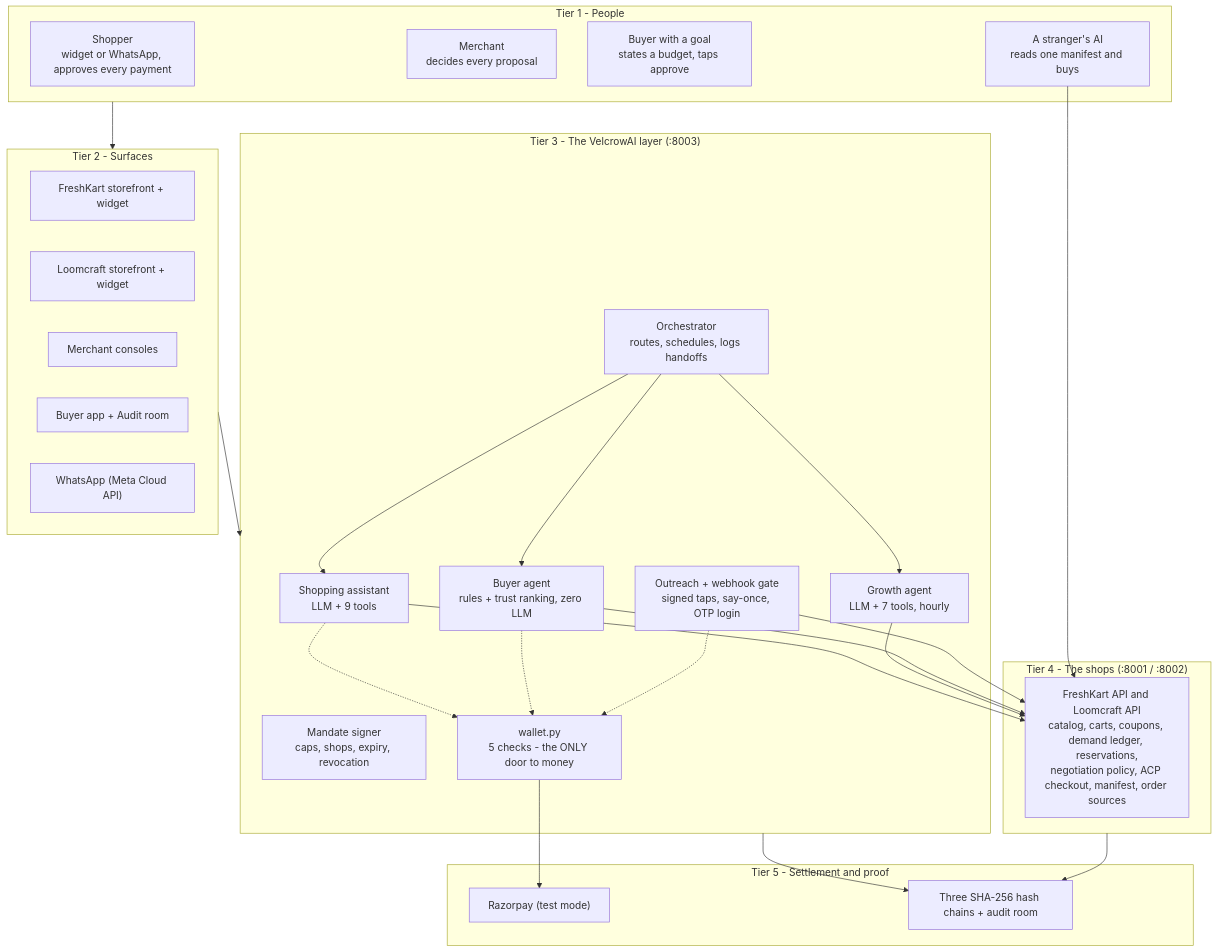
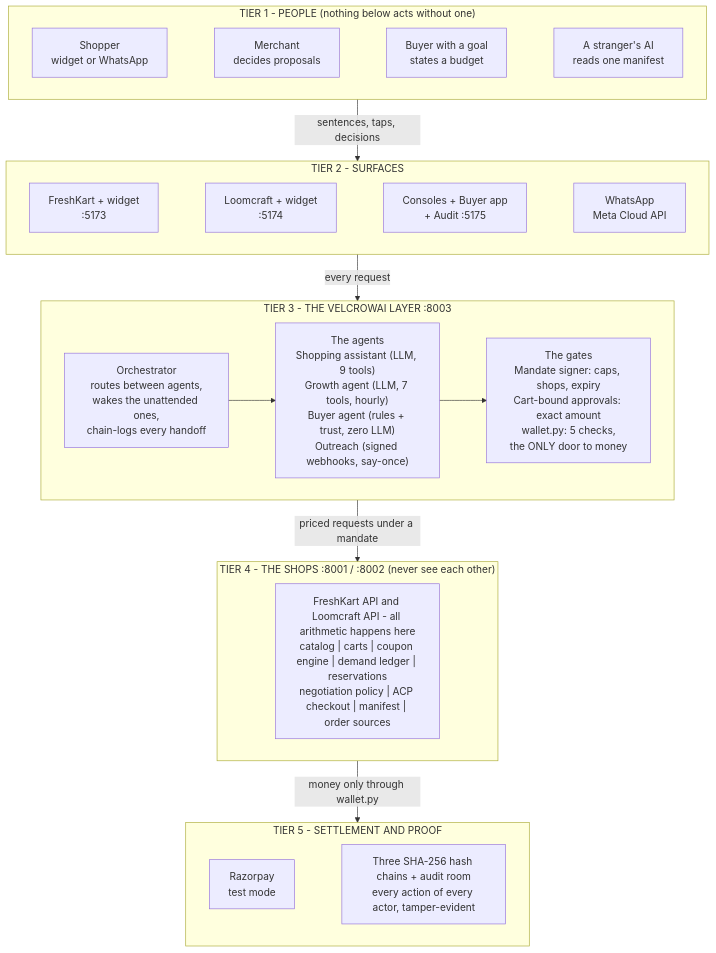
Before and after one commit to alisham30/Velcrow_ai_Alisha-Mathias: the first of 4 diagrams in README.md, drawn with Mermaid.

Commit message:
the phase 14 diagr

````diff
--- a/README.md
+++ b/README.md
@@ -15,52 +15,32 @@
 ```mermaid
 flowchart TB
-  subgraph T1["Tier 1 - People"]
-    SH["Shopper<br/>widget or WhatsApp, approves every payment"]
-    ME["Merchant<br/>decides every proposal"]
-    BU["Buyer with a goal<br/>states a budget, taps approve"]
-    ST["A stranger's AI<br/>reads one manifest and buys"]
+  subgraph T1["TIER 1 - PEOPLE (nothing below acts without one)"]
+    direction LR
+    SH["Shopper<br/>widget or WhatsApp"] ~~~ ME["Merchant<br/>decides proposals"] ~~~ BU["Buyer with a goal<br/>states a budget"] ~~~ ST["A stranger's AI<br/>reads one manifest"]
   end
 
-  subgraph T2["Tier 2 - Surfaces"]
-    F1["FreshKart storefront + widget"]
-    F2["Loomcraft storefront + widget"]
-    CO["Merchant consoles"]
-    BA["Buyer app + Audit room"]
-    WA["WhatsApp (Meta Cloud API)"]
+  subgraph T2["TIER 2 - SURFACES"]
+    direction LR
+    S1["FreshKart + widget<br/>:5173"] ~~~ S2["Loomcraft + widget<br/>:5174"] ~~~ S3["Consoles + Buyer app<br/>+ Audit  :5175"] ~~~ S4["WhatsApp<br/>Meta Cloud API"]
   end
 
-  subgraph T3["Tier 3 - The VelcrowAI layer (:8003)"]
-    ASST["Shopping assistant<br/>LLM + 9 tools"]
-    GROW["Growth agent<br/>LLM + 7 tools, hourly"]
-    ORCH["Orchestrator<br/>routes, schedules, logs handoffs"]
-    BYR["Buyer agent<br/>rules + trust ranking, zero LLM"]
-    OUTR["Outreach + webhook gate<br/>signed taps, say-once, OTP login"]
-    MAND["Mandate signer<br/>caps, shops, expiry, revocation"]
-    WLT["wallet.py<br/>5 checks - the ONLY door to money"]
+  subgraph T3["TIER 3 - THE VELCROWAI LAYER  :8003"]
+    direction LR
+    ORCH["Orchestrator<br/>routes between agents,<br/>wakes the unattended ones,<br/>chain-logs every handoff"] --> AG["The agents<br/>Shopping assistant (LLM, 9 tools)<br/>Growth agent (LLM, 7 tools, hourly)<br/>Buyer agent (rules + trust, zero LLM)<br/>Outreach (signed webhooks, say-once)"]
+    AG --> GATE["The gates<br/>Mandate signer: caps, shops, expiry<br/>Cart-bound approvals: exact amount<br/>wallet.py: 5 checks,<br/>the ONLY door to money"]
   end
 
-  subgraph T4["Tier 4 - The shops (:8001 / :8002)"]
-    SHOP["FreshKart API and Loomcraft API<br/>catalog, carts, coupons, demand ledger, reservations,<br/>negotiation policy, ACP checkout, manifest, order sources"]
+  subgraph T4["TIER 4 - THE SHOPS  :8001 / :8002 (never see each other)"]
+    SHOP["FreshKart API and Loomcraft API - all arithmetic happens here<br/>catalog | carts | coupon engine | demand ledger | reservations<br/>negotiation policy | ACP checkout | manifest | order sources"]
   end
 
-  subgraph T5["Tier 5 - Settlement and proof"]
-    RZP["Razorpay (test mode)"]
-    CHAIN["Three SHA-256 hash chains + audit room"]
+  subgraph T5["TIER 5 - SETTLEMENT AND PROOF"]
+    direction LR
+    RZP["Razorpay<br/>test mode"] ~~~ CHAIN["Three SHA-256 hash chains + audit room<br/>every action of every actor, tamper-evident"]
   end
 
-  T1 --> T2 --> T3
-  ASST --> SHOP
-  GROW --> SHOP
-  BYR --> SHOP
-  OUTR --> SHOP
-  ORCH --> ASST
-  ORCH --> BYR
-  ORCH --> GROW
-  WLT --> RZP
-  ASST -.-> WLT
-  BYR -.-> WLT
-  OUTR -.-> WLT
-  ST --> SHOP
-  T3 --> CHAIN
-  T4 --> CHAIN
+  T1 -->|"sentences, taps, decisions"| T2
+  T2 -->|"every request"| T3
+  T3 -->|"priced requests under a mandate"| T4
+  T4 -->|"money only through wallet.py"| T5
 ```
````
